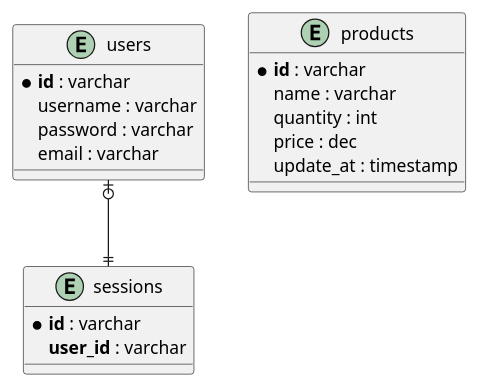
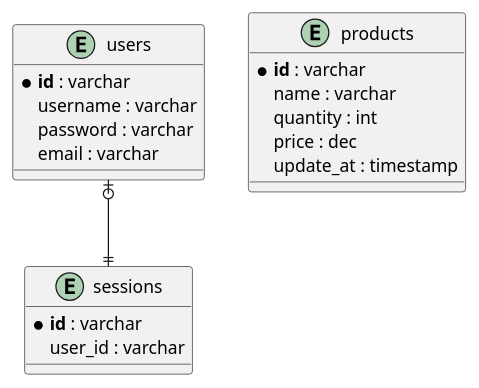
The diagram in entity_diagram.puml (onlyiqbal/crud-stock-manager), drawn with PlantUML before and after one commit. The commit also changed 3 other files, not shown here.

```diff
--- a/entity_diagram.puml
+++ b/entity_diagram.puml
@@ -1,23 +1,23 @@
 @startuml "Entity Diagram"
      entity "users" as users {
           * **id** : varchar
           username : varchar
           password : varchar
           email : varchar
      }
 
      entity "sessions" as sessions {
           * **id** : varchar
-          **user_id** : varchar
+          user_id : varchar
      }
 
      entity "products" as products {
           * **id** : varchar
           name : varchar
           quantity : int
           price : dec
           update_at : timestamp
      }
 
      users|o--||sessions
 @enduml
```
